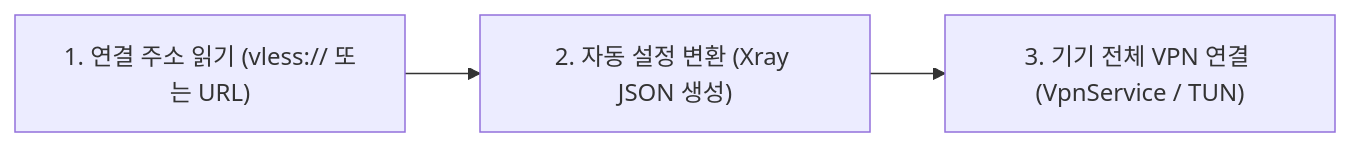
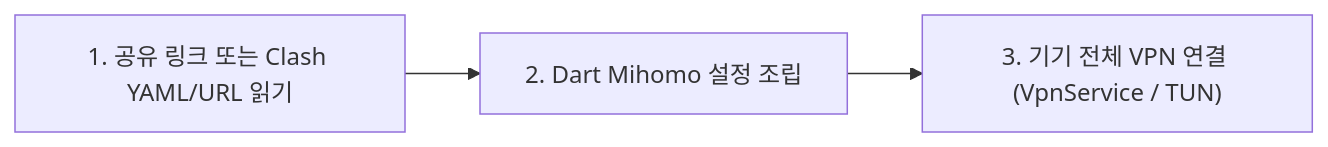
One commit to solixcorp/proxima-android changed the diagram in README.md. Above: the diagram before and after it, drawn with Mermaid. The commit also changed other lines of this file and 40 other files, not shown here.

````diff
--- a/README.md
+++ b/README.md
@@ -25,4 +25,4 @@
 ```mermaid
 graph LR
-    A["1. 연결 주소 읽기 (vless:// 또는 URL)"] --> B["2. 자동 설정 변환 (Xray JSON 생성)"] --> C["3. 기기 전체 VPN 연결 (VpnService / TUN)"]
+    A["1. 공유 링크 또는 Clash YAML/URL 읽기"] --> B["2. Dart Mihomo 설정 조립"] --> C["3. 기기 전체 VPN 연결 (VpnService / TUN)"]
 ```
````
